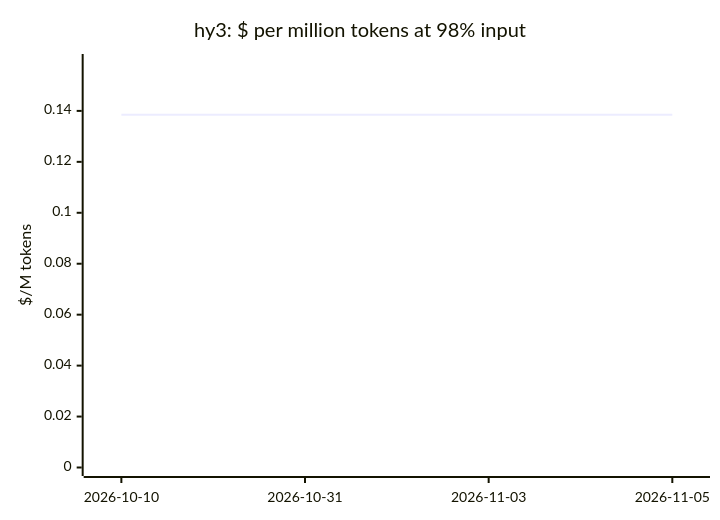
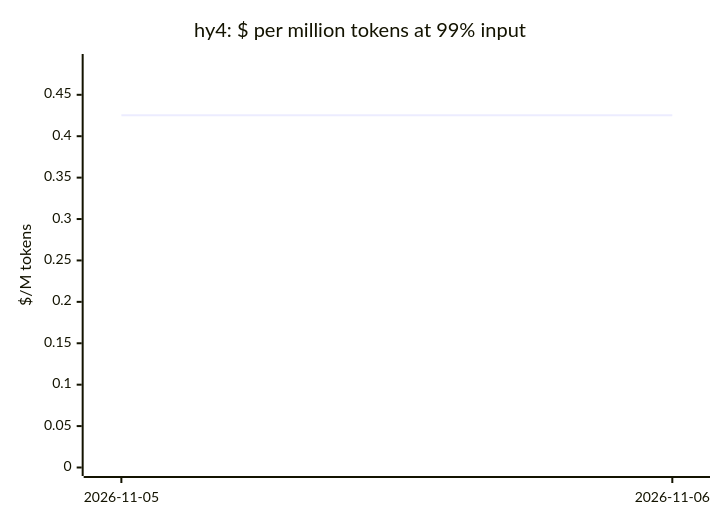
One commit to cklukas/OMEGA_TRANSFORM changed diagram 17 of 20 in docs/openrouter-models.md. Above: the diagram before and after it, drawn with Mermaid. The commit also changed other lines of this file and 103 other files, not shown here.

````diff
--- a/docs/openrouter-models.md
+++ b/docs/openrouter-models.md
@@ -287,7 +286,7 @@
 ```mermaid
 xychart-beta
-    title "hy3: $ per million tokens at 98% input"
-    x-axis ["2026-10-10", "2026-10-31", "2026-11-03", "2026-11-05"]
-    y-axis "$/M tokens" 0 --> 0.159
-    line [0.1385, 0.1385, 0.1385, 0.1385]
+    title "hy4: $ per million tokens at 99% input"
+    x-axis ["2026-11-05", "2026-11-06"]
+    y-axis "$/M tokens" 0 --> 0.489
+    line [0.4254, 0.4254]
 ```
````
